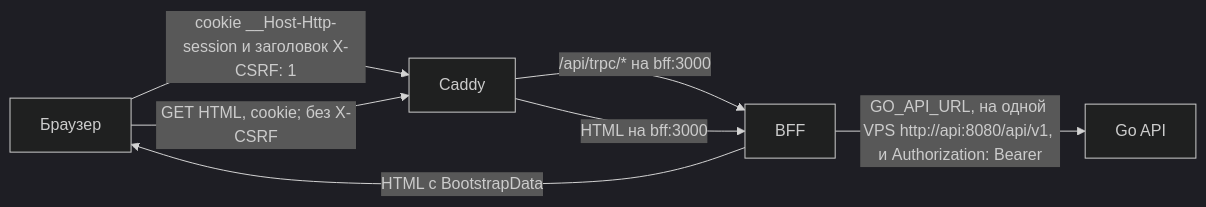
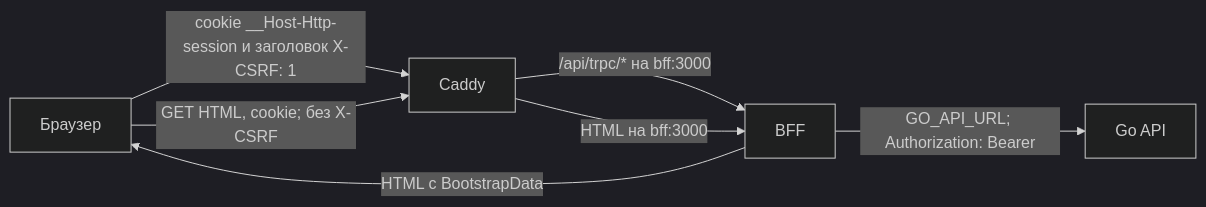
The second of 3 diagrams in site/modules/2/tracks/bff.md (Cringe-Driven-Development-Team/docs), drawn with Mermaid (dark theme) before and after one commit. The commit also changed other lines of this file and 5 other files, not shown here.

````diff
--- a/site/modules/2/tracks/bff.md
+++ b/site/modules/2/tracks/bff.md
@@ -90,9 +90,9 @@
 ```mermaid
 flowchart LR
     B["Браузер"] -->|"cookie __Host-Http-session и заголовок X-CSRF: 1"| C["Caddy"]
     C -->|"/api/trpc/* на bff:3000"| P["BFF"]
     B -->|"GET HTML, cookie; без X-CSRF"| C
     C -->|"HTML на bff:3000"| P
     P -->|"HTML с BootstrapData"| B
-    P -->|"GO_API_URL, на одной VPS http://api:8080/api/v1, и Authorization: Bearer"| A["Go API"]
+    P -->|"GO_API_URL; Authorization: Bearer"| A["Go API"]
 ```
````
